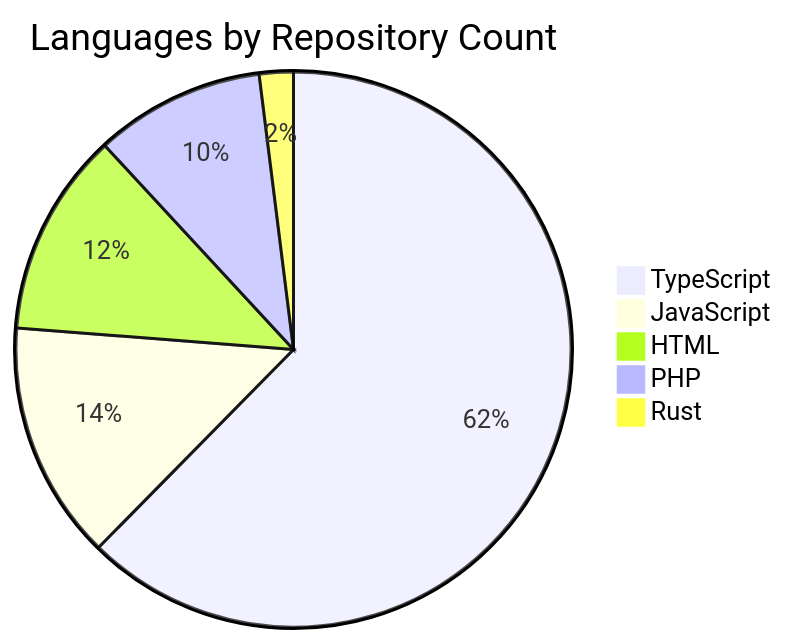
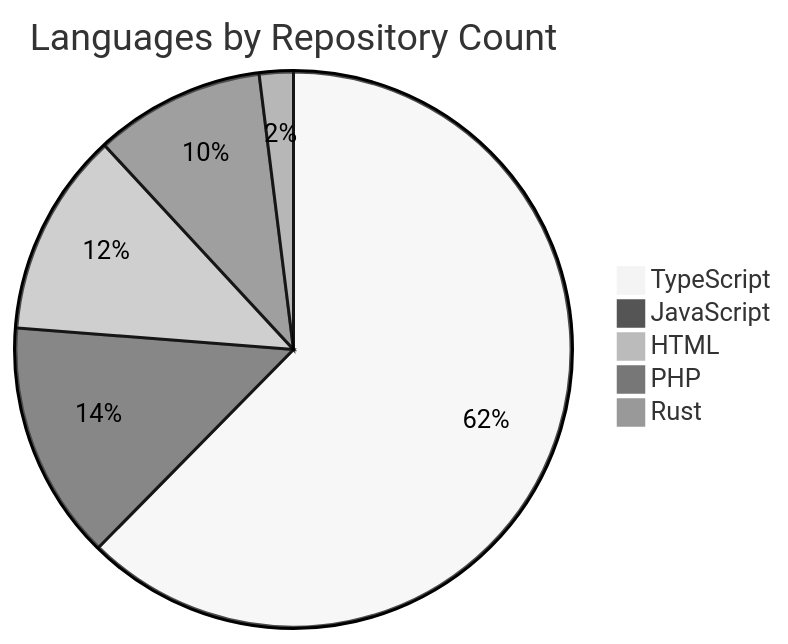
Before and after one commit to virgenherrera/virgenherrera: the second of 2 diagrams in README.md, drawn with Mermaid. The commit also changed other lines of this file, not shown here.

````diff
--- a/README.md
+++ b/README.md
@@ -45,8 +88,9 @@
 ```mermaid
+%%{init: {'theme': 'neutral'}}%%
 pie title Languages by Repository Count
     "TypeScript" : 63
     "JavaScript" : 14
     "HTML" : 12
     "PHP" : 10
     "Rust" : 2
 ```
````
